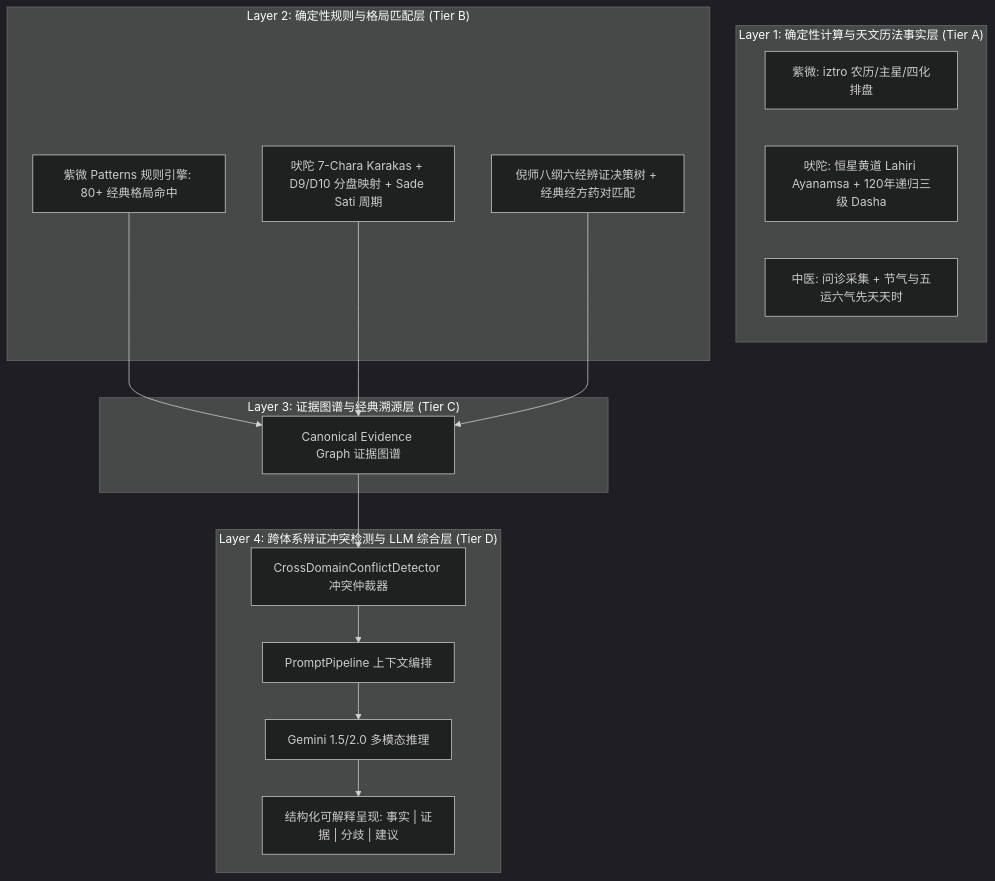
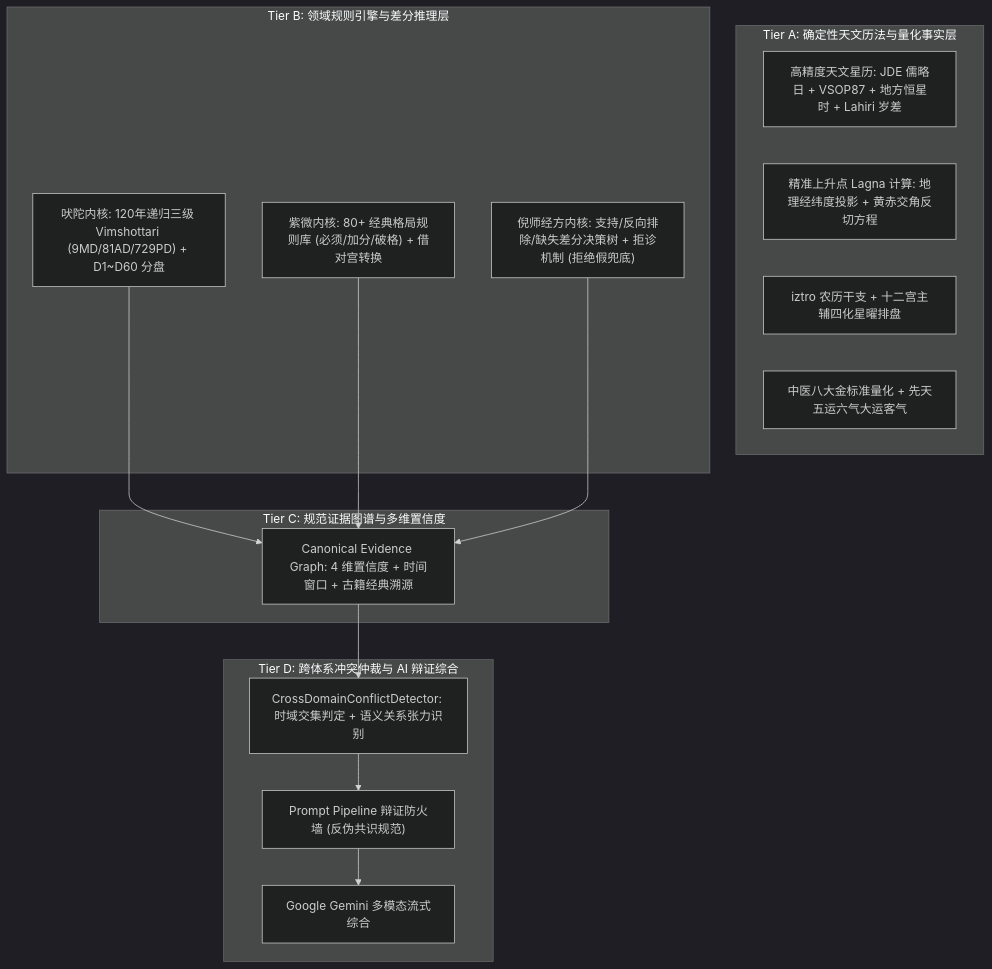
Before and after one commit to MeiSiristhebest/mystic: the diagram in README.md, drawn with Mermaid (dark theme). The commit also changed other lines of this file and 15 other files, not shown here.

Commit message:
feat(engine): integrate high-precision astronomical ephemeris, differential TCM diagnostic tree, and multi-factor evidence confidence

````diff
--- a/README.md
+++ b/README.md
@@ -59,29 +58,29 @@
 ```mermaid
 graph TD
-    subgraph Layer1["Layer 1: 确定性计算与天文历法事实层 (Tier A)"]
-        Z_Calc["紫微: iztro 农历/主星/四化排盘"]
-        V_Calc["吠陀: 恒星黄道 Lahiri Ayanamsa + 120年递归三级 Dasha"]
-        N_Fact["中医: 问诊采集 + 节气与五运六气先天天时"]
+    subgraph Layer1 [Tier A: 确定性天文历法与量化事实层]
+        Ephem["高精度天文星历: JDE 儒略日 + VSOP87 + 地方恒星时 + Lahiri 岁差"]
+        Asc["精准上升点 Lagna 计算: 地理经纬度投影 + 黄赤交角反切方程"]
+        Iztro["iztro 农历干支 + 十二宫主辅四化星曜排盘"]
+        TcmStd["中医八大金标准量化 + 先天五运六气大运客气"]
     end
 
-    subgraph Layer2["Layer 2: 确定性规则与格局匹配层 (Tier B)"]
-        Z_Rule["紫微 Patterns 规则引擎: 80+ 经典格局命中"]
-        V_Rule["吠陀 7-Chara Karakas + D9/D10 分盘映射 + Sade Sati 周期"]
-        N_Rule["倪师八纲六经辨证决策树 + 经典经方药对匹配"]
+    subgraph Layer2 [Tier B: 领域规则引擎与差分推理层]
+        V_Engine["吠陀内核: 120年递归三级 Vimshottari (9MD/81AD/729PD) + D1~D60 分盘"]
+        Z_Engine["紫微内核: 80+ 经典格局规则库 (必须/加分/破格) + 借对宫转换"]
+        T_Engine["倪师经方内核: 支持/反向排除/缺失差分决策树 + 拒诊机制 (拒绝假兜底)"]
     end
 
-    subgraph Layer3["Layer 3: 证据图谱与经典溯源层 (Tier C)"]
-        EG["Canonical Evidence Graph 证据图谱"]
-        Z_Rule --> EG
-        V_Rule --> EG
-        N_Rule --> EG
+    subgraph Layer3 [Tier C: 规范证据图谱与多维置信度]
+        CEG["Canonical Evidence Graph: 4 维置信度 + 时间窗口 + 古籍经典溯源"]
+        V_Engine --> CEG
+        Z_Engine --> CEG
+        T_Engine --> CEG
     end
 
-    subgraph Layer4["Layer 4: 跨体系辩证冲突检测与 LLM 综合层 (Tier D)"]
-        CD["CrossDomainConflictDetector 冲突仲裁器"]
-        EG --> CD
-        CD --> Pipeline["PromptPipeline 上下文编排"]
-        Pipeline --> LLM["Gemini 1.5/2.0 多模态推理"]
-        LLM --> UI["结构化可解释呈现: 事实 | 证据 | 分歧 | 建议"]
+    subgraph Layer4 [Tier D: 跨体系冲突仲裁与 AI 辩证综合]
+        Arbitrator["CrossDomainConflictDetector: 时域交集判定 + 语义关系张力识别"]
+        CEG --> Arbitrator
+        Arbitrator --> Firewall["Prompt Pipeline 辩证防火墙 (反伪共识规范)"]
+        Firewall --> LLM["Google Gemini 多模态流式综合"]
     end
 ```
````
